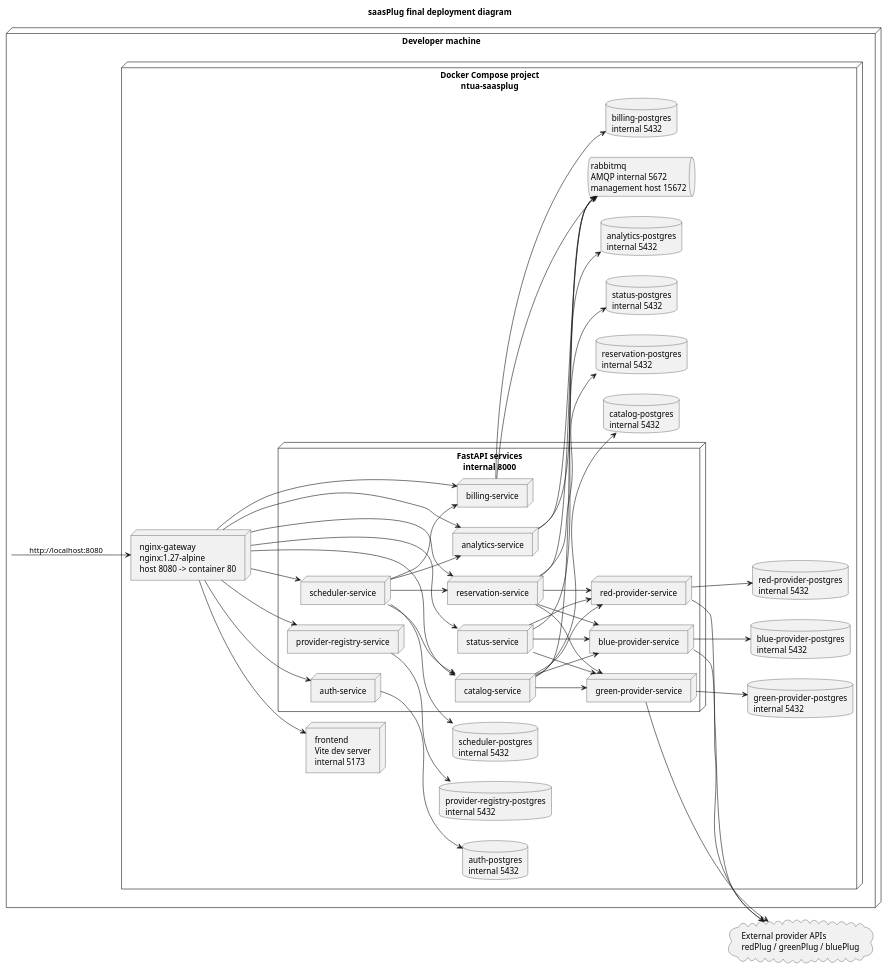
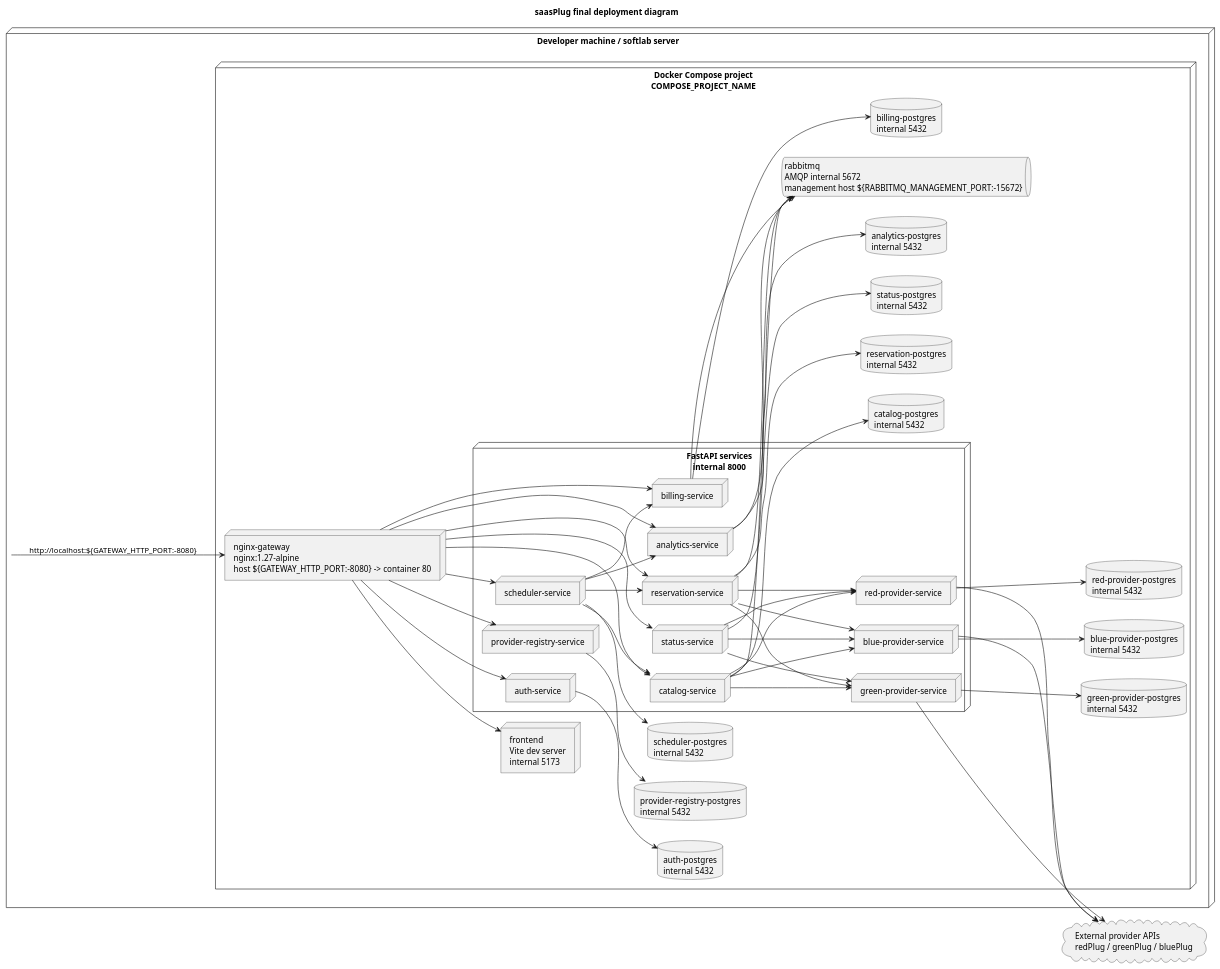
Before and after one commit to ntua-el21026/ntua-saasplug: the diagram in docs/diagrams/final/deployment.puml, drawn with PlantUML. The commit also changed 30 other files, not shown here.

```diff
--- a/docs/diagrams/final/deployment.puml
+++ b/docs/diagrams/final/deployment.puml
@@ -1,87 +1,87 @@
 @startuml
 title saasPlug final deployment diagram
 left to right direction
 
-node "Developer machine" as Host {
-  node "Docker Compose project\nntua-saasplug" as Compose {
-    node "nginx-gateway\nnginx:1.27-alpine\nhost 8080 -> container 80" as Gateway
+node "Developer machine / softlab server" as Host {
+  node "Docker Compose project\nCOMPOSE_PROJECT_NAME" as Compose {
+    node "nginx-gateway\nnginx:1.27-alpine\nhost ${GATEWAY_HTTP_PORT:-8080} -> container 80" as Gateway
     node "frontend\nVite dev server\ninternal 5173" as Frontend
 
     node "FastAPI services\ninternal 8000" as Services {
       node "auth-service" as Auth
       node "provider-registry-service" as Registry
       node "red-provider-service" as RedProvider
       node "green-provider-service" as GreenProvider
       node "blue-provider-service" as BlueProvider
       node "catalog-service" as Catalog
       node "status-service" as Status
       node "reservation-service" as Reservation
       node "analytics-service" as Analytics
       node "billing-service" as Billing
       node "scheduler-service" as Scheduler
     }
 
-    queue "rabbitmq\nAMQP internal 5672\nmanagement host 15672" as RabbitMQ
+    queue "rabbitmq\nAMQP internal 5672\nmanagement host ${RABBITMQ_MANAGEMENT_PORT:-15672}" as RabbitMQ
 
     database "auth-postgres\ninternal 5432" as AuthDb
     database "provider-registry-postgres\ninternal 5432" as RegistryDb
     database "red-provider-postgres\ninternal 5432" as RedDb
     database "green-provider-postgres\ninternal 5432" as GreenDb
     database "blue-provider-postgres\ninternal 5432" as BlueDb
     database "catalog-postgres\ninternal 5432" as CatalogDb
     database "status-postgres\ninternal 5432" as StatusDb
     database "reservation-postgres\ninternal 5432" as ReservationDb
     database "analytics-postgres\ninternal 5432" as AnalyticsDb
     database "billing-postgres\ninternal 5432" as BillingDb
     database "scheduler-postgres\ninternal 5432" as SchedulerDb
   }
 }
 
 cloud "External provider APIs\nredPlug / greenPlug / bluePlug" as ProviderApis
 
-Host --> Gateway : http://localhost:8080
+Host --> Gateway : http://localhost:${GATEWAY_HTTP_PORT:-8080}
 Gateway --> Frontend
 Gateway --> Auth
 Gateway --> Registry
 Gateway --> Catalog
 Gateway --> Status
 Gateway --> Reservation
 Gateway --> Analytics
 Gateway --> Billing
 Gateway --> Scheduler
 
 Auth --> AuthDb
 Registry --> RegistryDb
 RedProvider --> RedDb
 GreenProvider --> GreenDb
 BlueProvider --> BlueDb
 Catalog --> CatalogDb
 Status --> StatusDb
 Reservation --> ReservationDb
 Analytics --> AnalyticsDb
 Billing --> BillingDb
 Scheduler --> SchedulerDb
 
 RedProvider --> ProviderApis
 GreenProvider --> ProviderApis
 BlueProvider --> ProviderApis
 Reservation --> RedProvider
 Reservation --> GreenProvider
 Reservation --> BlueProvider
 Status --> RedProvider
 Status --> GreenProvider
 Status --> BlueProvider
 Catalog --> RedProvider
 Catalog --> GreenProvider
 Catalog --> BlueProvider
 Scheduler --> Catalog
 Scheduler --> Analytics
 Scheduler --> Billing
 Scheduler --> Reservation
 
 Reservation --> RabbitMQ
 Catalog --> RabbitMQ
 Analytics --> RabbitMQ
 Billing --> RabbitMQ
 
 @enduml
```
